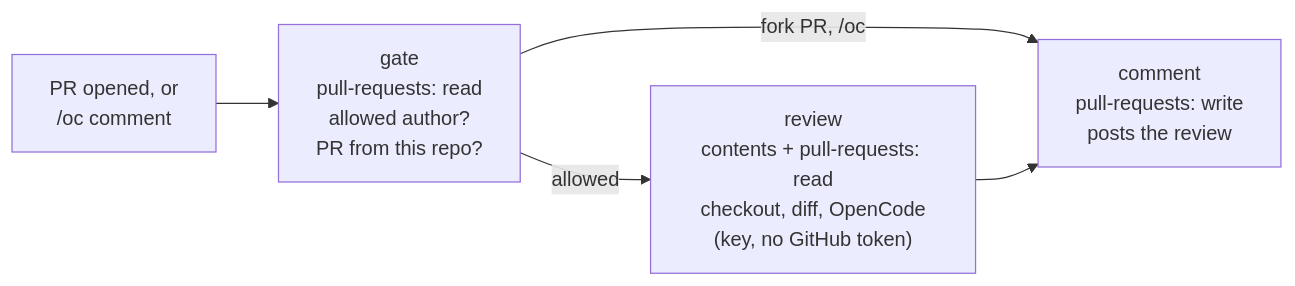
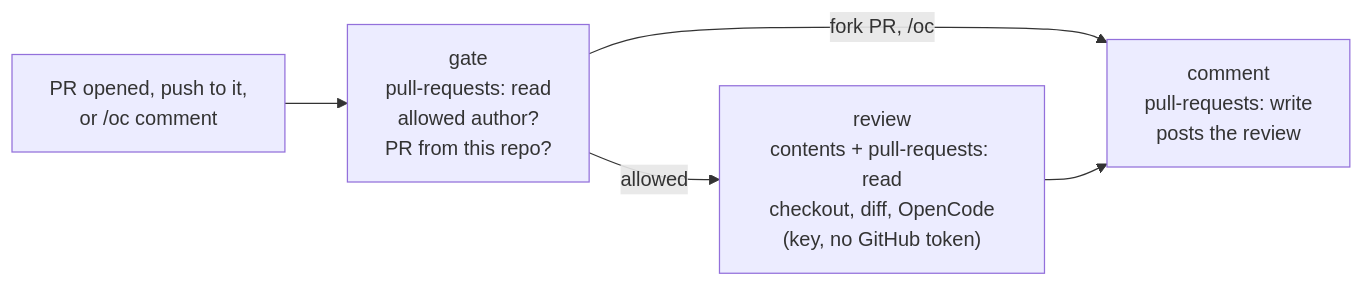
One commit to Yeti47/workflows changed the diagram in README.md. Above: the diagram before and after it, drawn with Mermaid. The commit also changed other lines of this file and 2 other files, not shown here.

First line of the commit message:
Review again after each push to a pull request (#1)

````diff
--- a/README.md
+++ b/README.md
@@ -77,7 +83,7 @@
 ```mermaid
 flowchart LR
-  Event["PR opened, or<br/>/oc comment"] --> Gate["gate<br/>pull-requests: read<br/>allowed author?<br/>PR from this repo?"]
+  Event["PR opened, push to it,<br/>or /oc comment"] --> Gate["gate<br/>pull-requests: read<br/>allowed author?<br/>PR from this repo?"]
   Gate -->|allowed| Review["review<br/>contents + pull-requests: read<br/>checkout, diff, OpenCode<br/>(key, no GitHub token)"]
   Gate -->|"fork PR, /oc"| Comment
   Review --> Comment["comment<br/>pull-requests: write<br/>posts the review"]
 ```
````
